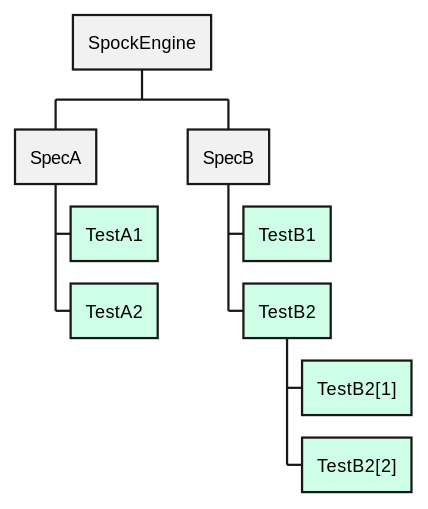
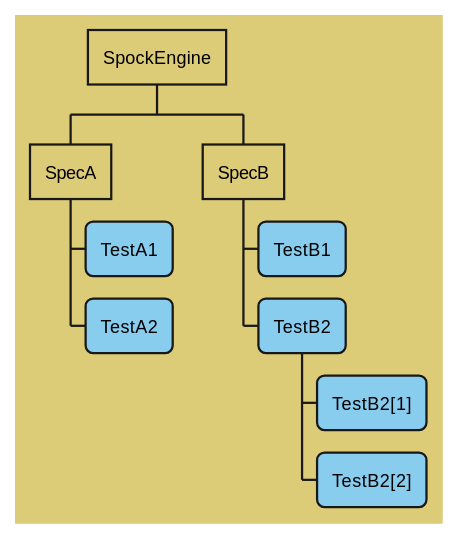
One commit to spockframework/spock changed the third of 7 diagrams in docs/parallel_execution.adoc. Above: the diagram before and after it, drawn with PlantUML. The commit also changed other lines of this file, not shown here.

```diff
--- a/docs/parallel_execution.adoc
+++ b/docs/parallel_execution.adoc
@@ -141,28 +141,31 @@
 [plantuml,images/execution-hierarchy-sequential-concurrent-execution,svg]
 ....
 
 @startwbs
 <style>
 wbsDiagram {
+  BackgroundColor #DDCC77
   node {
     :depth(2) {
-      BackgroundColor #CEFEE6
+      BackgroundColor #88CCEE
+      RoundCorner 10
     }
     :depth(3) {
-      BackgroundColor #CEFEE6
+      BackgroundColor #88CCEE
+      RoundCorner 10
     }
   }
 }
 </style>
 skinparam shadowing false
 * SpockEngine
 ** SpecA
 *** TestA1
 *** TestA2
 ** SpecB
 *** TestB1
 *** TestB2
 **** TestB2[1]
 **** TestB2[2]
 @endwbs
 ....
```
